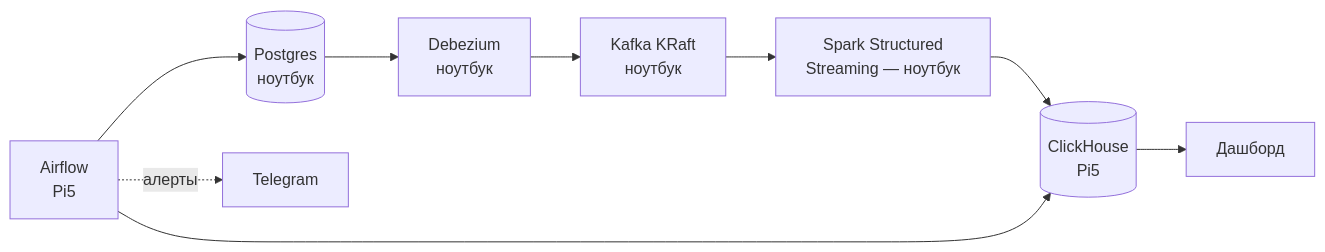
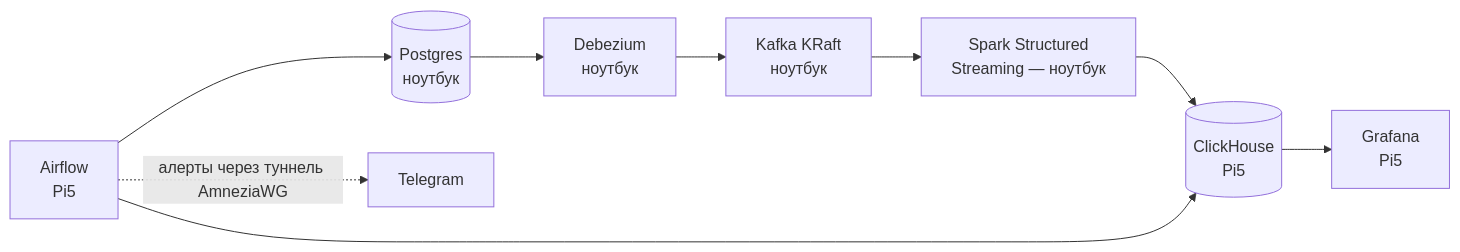
One commit to antbtv/shop_flow changed the diagram in PRD-retail-cdc-platform.md. Above: the diagram before and after it, drawn with Mermaid. The commit also changed other lines of this file and 4 other files, not shown here.

````diff
--- a/PRD-retail-cdc-platform.md
+++ b/PRD-retail-cdc-platform.md
@@ -205,11 +205,11 @@
 ```mermaid
 flowchart LR
     PG[(Postgres<br/>ноутбук)] --> CDC[Debezium<br/>ноутбук]
     CDC --> MQ[Kafka KRaft<br/>ноутбук]
     MQ --> SPARK[Spark Structured<br/>Streaming — ноутбук]
     SPARK --> CH[(ClickHouse<br/>Pi5)]
     AF[Airflow<br/>Pi5] --> CH
     AF --> PG
-    CH --> DASH[Дашборд]
-    AF -.алерты.-> TG[Telegram]
+    CH --> DASH[Grafana<br/>Pi5]
+    AF -.алерты через туннель AmneziaWG.-> TG[Telegram]
 ```
````
